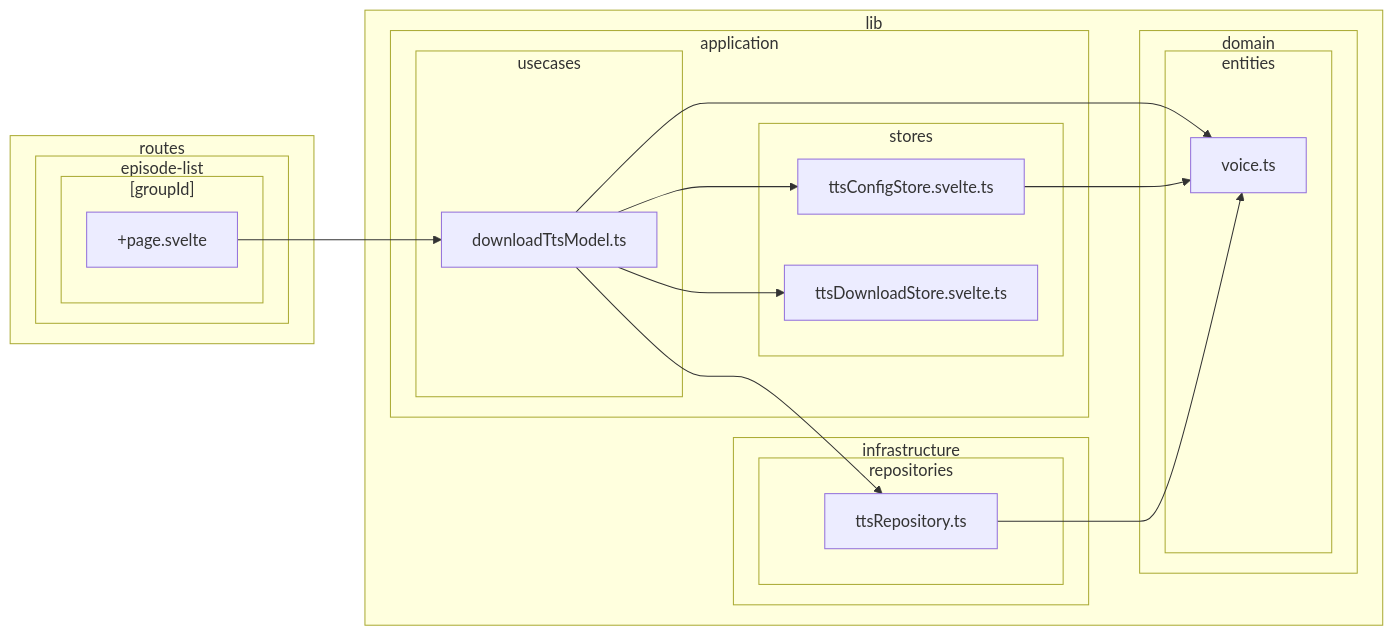
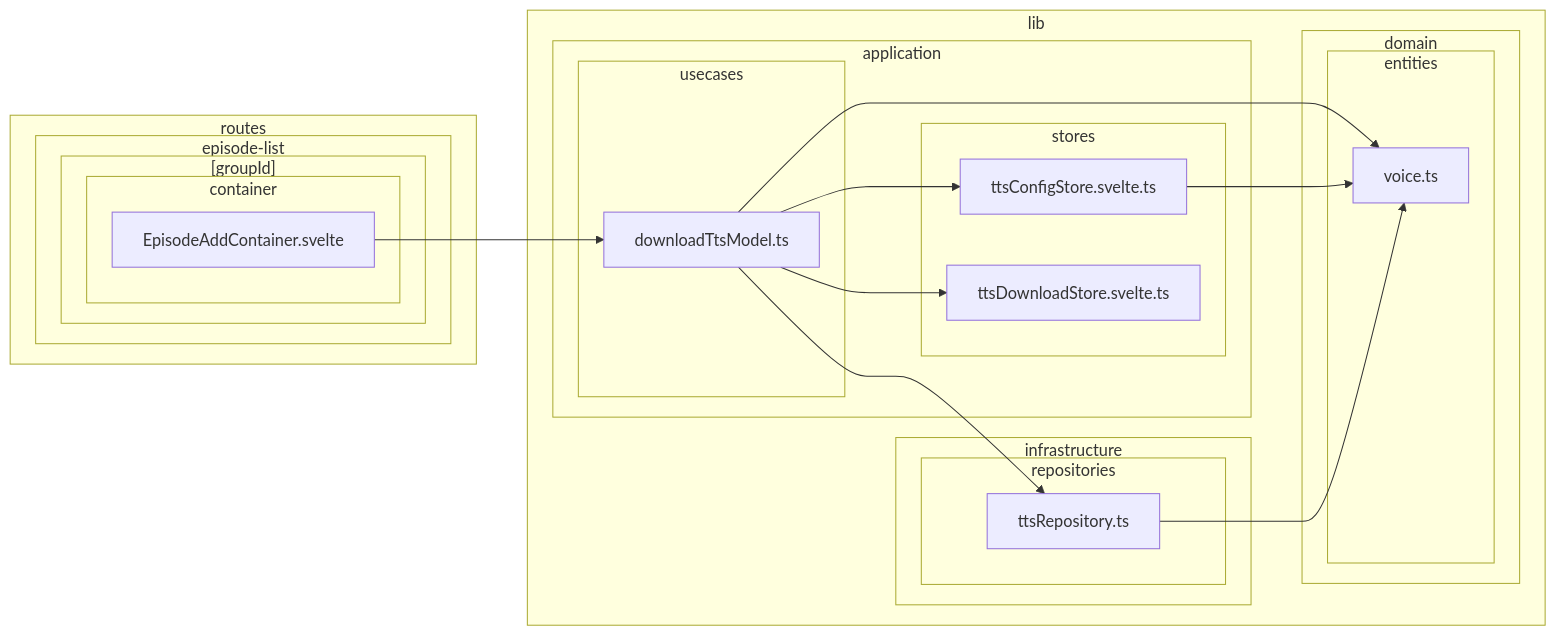
Diagram 12 of 38 in doc/dependency-graph.md (k5n/kotonoha), drawn with Mermaid before and after one commit. The commit also changed other lines of this file, not shown here.

Commit message:
doc: Update dependency-graph

````diff
--- a/doc/dependency-graph.md
+++ b/doc/dependency-graph.md
@@ -581,38 +593,40 @@
 ```mermaid
 graph LR
         subgraph sg_lib ["lib"]
             subgraph sg_lib_application ["application"]
                 subgraph sg_lib_application_stores ["stores"]
                     src_lib_application_stores_ttsConfigStore_svelte_ts["ttsConfigStore.svelte.ts"]
                     src_lib_application_stores_ttsDownloadStore_svelte_ts["ttsDownloadStore.svelte.ts"]
                 end
                 subgraph sg_lib_application_usecases ["usecases"]
                     src_lib_application_usecases_downloadTtsModel_ts["downloadTtsModel.ts"]
                 end
             end
             subgraph sg_lib_domain ["domain"]
                 subgraph sg_lib_domain_entities ["entities"]
                     src_lib_domain_entities_voice_ts["voice.ts"]
                 end
             end
             subgraph sg_lib_infrastructure ["infrastructure"]
                 subgraph sg_lib_infrastructure_repositories ["repositories"]
                     src_lib_infrastructure_repositories_ttsRepository_ts["ttsRepository.ts"]
                 end
             end
         end
         subgraph sg_routes ["routes"]
             subgraph sg_routes_episode_list ["episode-list"]
                 subgraph sg_routes_episode_list__groupId_ ["[groupId]"]
-                    src_routes_episode_list__groupId___page_svelte["+page.svelte"]
+                    subgraph sg_routes_episode_list__groupId__container ["container"]
+                        src_routes_episode_list__groupId__container_EpisodeAddContainer_svelte["EpisodeAddContainer.svelte"]
+                    end
                 end
             end
         end
     src_lib_application_usecases_downloadTtsModel_ts --> src_lib_application_stores_ttsConfigStore_svelte_ts
     src_lib_application_usecases_downloadTtsModel_ts --> src_lib_application_stores_ttsDownloadStore_svelte_ts
     src_lib_application_usecases_downloadTtsModel_ts --> src_lib_domain_entities_voice_ts
     src_lib_application_usecases_downloadTtsModel_ts --> src_lib_infrastructure_repositories_ttsRepository_ts
     src_lib_application_stores_ttsConfigStore_svelte_ts --> src_lib_domain_entities_voice_ts
     src_lib_infrastructure_repositories_ttsRepository_ts --> src_lib_domain_entities_voice_ts
-    src_routes_episode_list__groupId___page_svelte --> src_lib_application_usecases_downloadTtsModel_ts
+    src_routes_episode_list__groupId__container_EpisodeAddContainer_svelte --> src_lib_application_usecases_downloadTtsModel_ts
 ```
````
